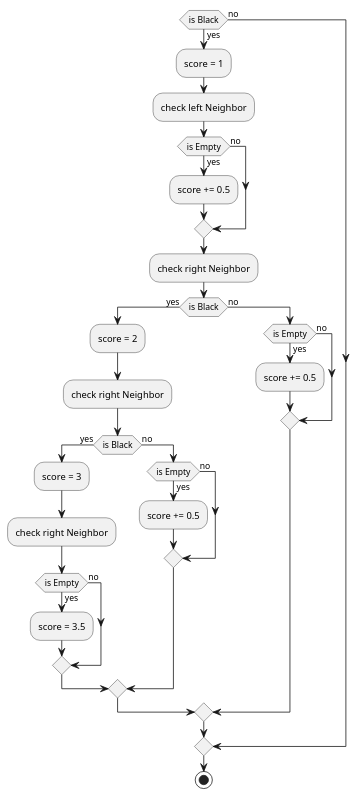
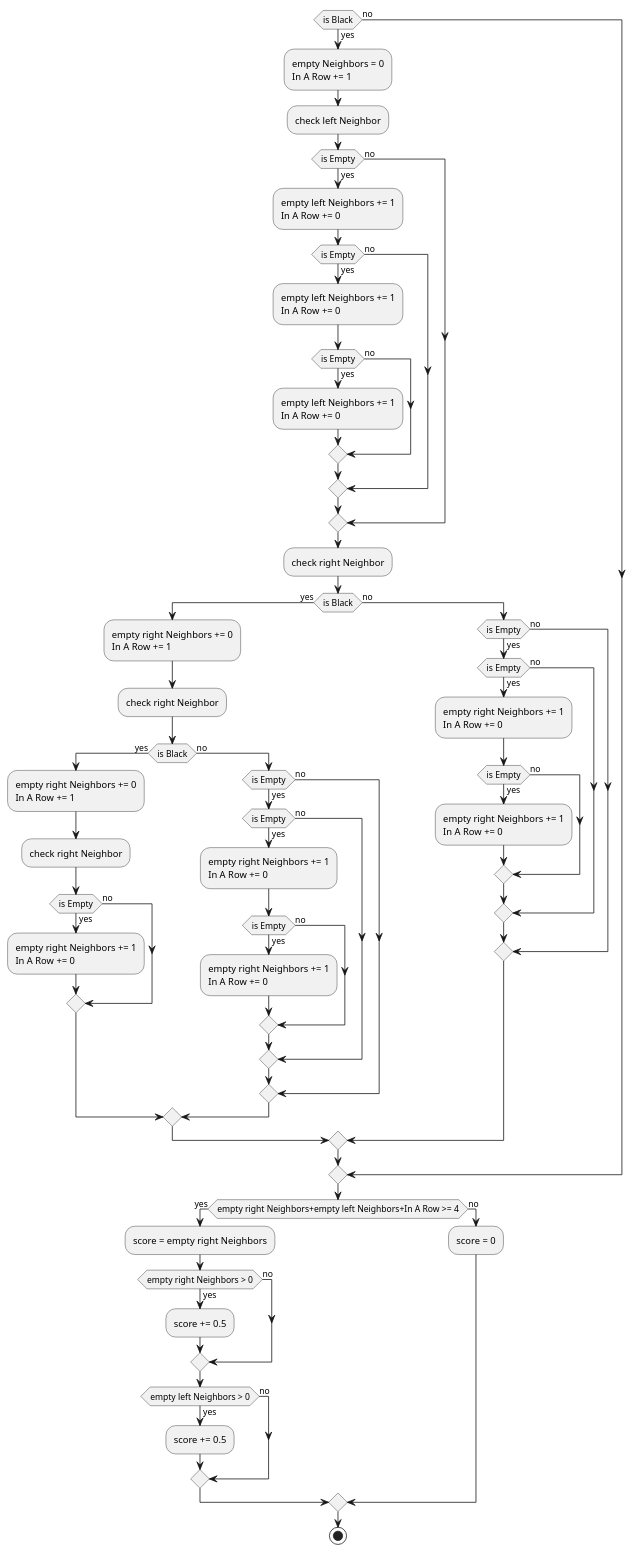
The diagram in connect-four/docs/heuristic.puml (TeamOhneNamen/haw.bai4.is), drawn with PlantUML before and after one commit. The commit also changed 2 other files, not shown here.

```diff
--- a/connect-four/docs/heuristic.puml
+++ b/connect-four/docs/heuristic.puml
@@ -1,36 +1,80 @@
 
 if (is Black) then (yes)
-    
-    :score = 1;
+    :empty Neighbors = 0
+    In A Row += 1;
     :check left Neighbor;
     if (is Empty) then (yes)
-        :score += 0.5;
+        :empty left Neighbors += 1
+        In A Row += 0;
+        if (is Empty) then (yes)
+            :empty left Neighbors += 1
+            In A Row += 0;
+            if (is Empty) then (yes)
+                :empty left Neighbors += 1
+                In A Row += 0;
+            else (no);
+            endif
+        else (no);
+        endif
     else (no);
     endif
     :check right Neighbor;
     if (is Black) then (yes)
-        :score = 2;
+        :empty right Neighbors += 0
+        In A Row += 1;
         :check right Neighbor;
         if (is Black) then (yes)
-            :score = 3;
+            :empty right Neighbors += 0
+            In A Row += 1;
             :check right Neighbor;
             if (is Empty) then (yes)
-                :score = 3.5;
+                :empty right Neighbors += 1
+                In A Row += 0;
             else (no);
             endif
         else (no);
             if (is Empty) then (yes)
-                :score += 0.5;
+                if (is Empty) then (yes)
+                    :empty right Neighbors += 1
+                    In A Row += 0;
+                    if (is Empty) then (yes)
+                        :empty right Neighbors += 1
+                        In A Row += 0;
+                    else (no);
+                    endif
+                else (no);
+                endif
             else (no);
             endif
         endif
     else (no)
         if (is Empty) then (yes)
-            :score += 0.5;
+            if (is Empty) then (yes)
+                :empty right Neighbors += 1
+                In A Row += 0;
+                if (is Empty) then (yes)
+                    :empty right Neighbors += 1
+                    In A Row += 0;
+                else (no);
+                endif
+            else (no);
+            endif
         else (no);
         endif
     endif
 else (no)
 endif
-
+if (empty right Neighbors+empty left Neighbors+In A Row >= 4) then (yes)
+    :score = empty right Neighbors;
+    if (empty right Neighbors > 0) then (yes)
+        :score += 0.5;
+    else (no);
+    endif
+    if (empty left Neighbors > 0) then (yes)
+        :score += 0.5;
+    else (no);
+    endif
+else (no);
+:score = 0;
+endif
 stop
```
